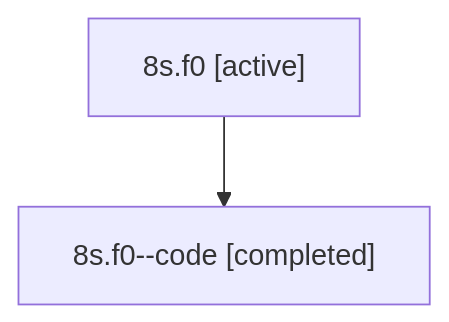
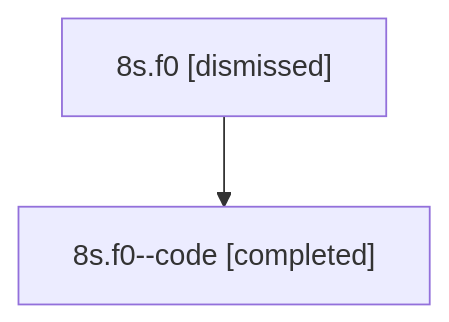
Before and after one commit to sase-org/sase--agents: the diagram in sessions/bbugyi200.athena.8s.f0.md, drawn with Mermaid. The commit also changed other lines of this file and 16 other files, not shown here.

````diff
--- a/sessions/bbugyi200.athena.8s.f0.md
+++ b/sessions/bbugyi200.athena.8s.f0.md
@@ -9,6 +9,6 @@
 ```mermaid
 flowchart TD
-  n0["8s.f0 [active]"]
+  n0["8s.f0 [dismissed]"]
   n1["8s.f0--code [completed]"]
   n0 --> n1
 ```
````
